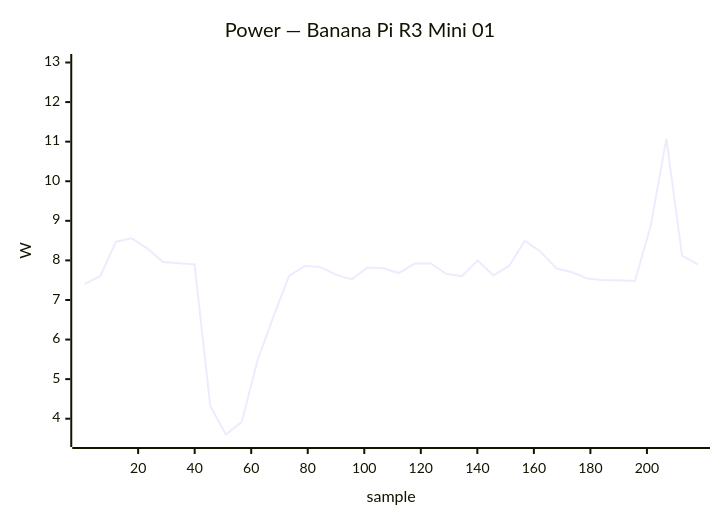
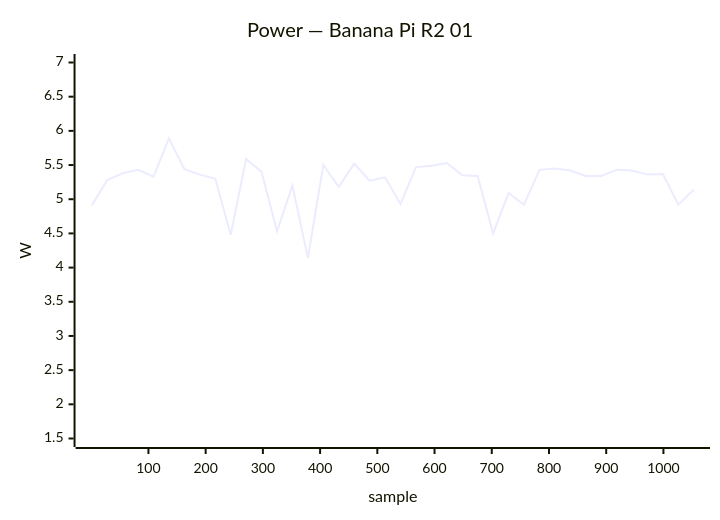
One commit to armbian/documentation changed diagram 11 of 40 in docs/status/board-tests.md. Above: the diagram before and after it, drawn with Mermaid. The commit also changed other lines of this file, not shown here.

````diff
--- a/docs/status/board-tests.md
+++ b/docs/status/board-tests.md
@@ -450,7 +451,7 @@
 ```mermaid
 xychart-beta
-    title "Power — Banana Pi R3 Mini 01"
-    x-axis "sample" 1 --> 218
-    y-axis "W" 3.5 --> 13.0
-    line [7.40, 7.60, 8.47, 8.56, 8.30, 7.96, 7.93, 7.90, 4.32, 3.60, 3.92, 5.47, 6.56, 7.60, 7.86, 7.83, 7.64, 7.52, 7.82, 7.80, 7.68, 7.92, 7.93, 7.66, 7.60, 8.00, 7.62, 7.86, 8.50, 8.22, 7.80, 7.70, 7.54, 7.50, 7.50, 7.48, 8.86, 11.07, 8.12, 7.90]
+    title "Power — Banana Pi R2 01"
+    x-axis "sample" 1 --> 1053
+    y-axis "W" 1.5 --> 7.0
+    line [4.91, 5.28, 5.38, 5.43, 5.33, 5.89, 5.44, 5.36, 5.30, 4.48, 5.59, 5.40, 4.53, 5.20, 4.14, 5.50, 5.18, 5.52, 5.27, 5.32, 4.93, 5.47, 5.49, 5.53, 5.35, 5.34, 4.50, 5.09, 4.92, 5.43, 5.45, 5.42, 5.34, 5.34, 5.43, 5.42, 5.36, 5.37, 4.92, 5.14]
 ```
````
